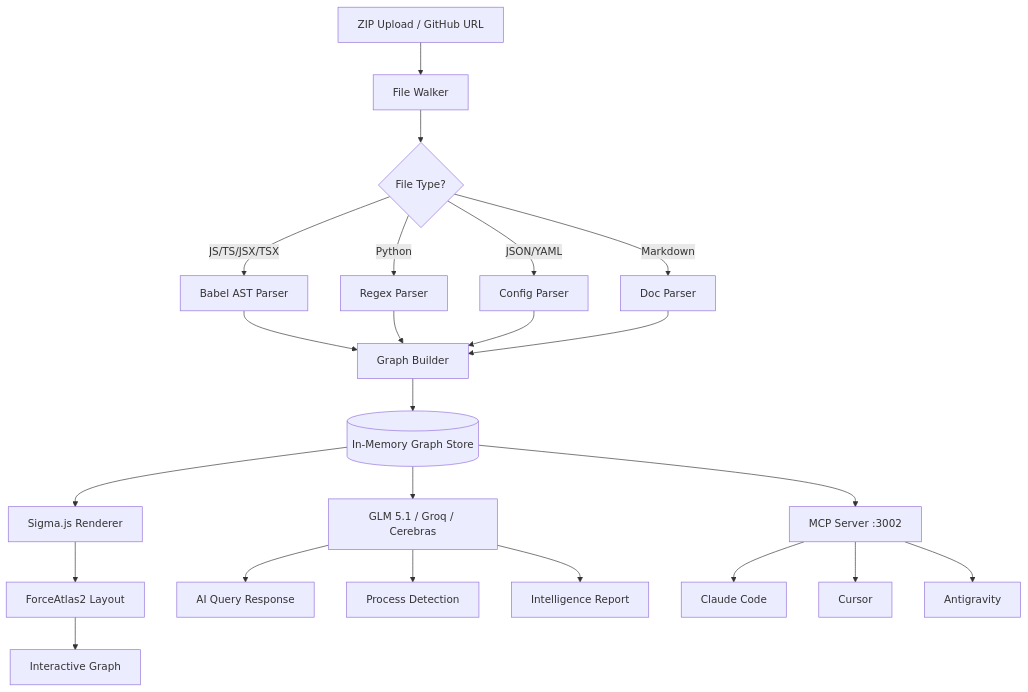
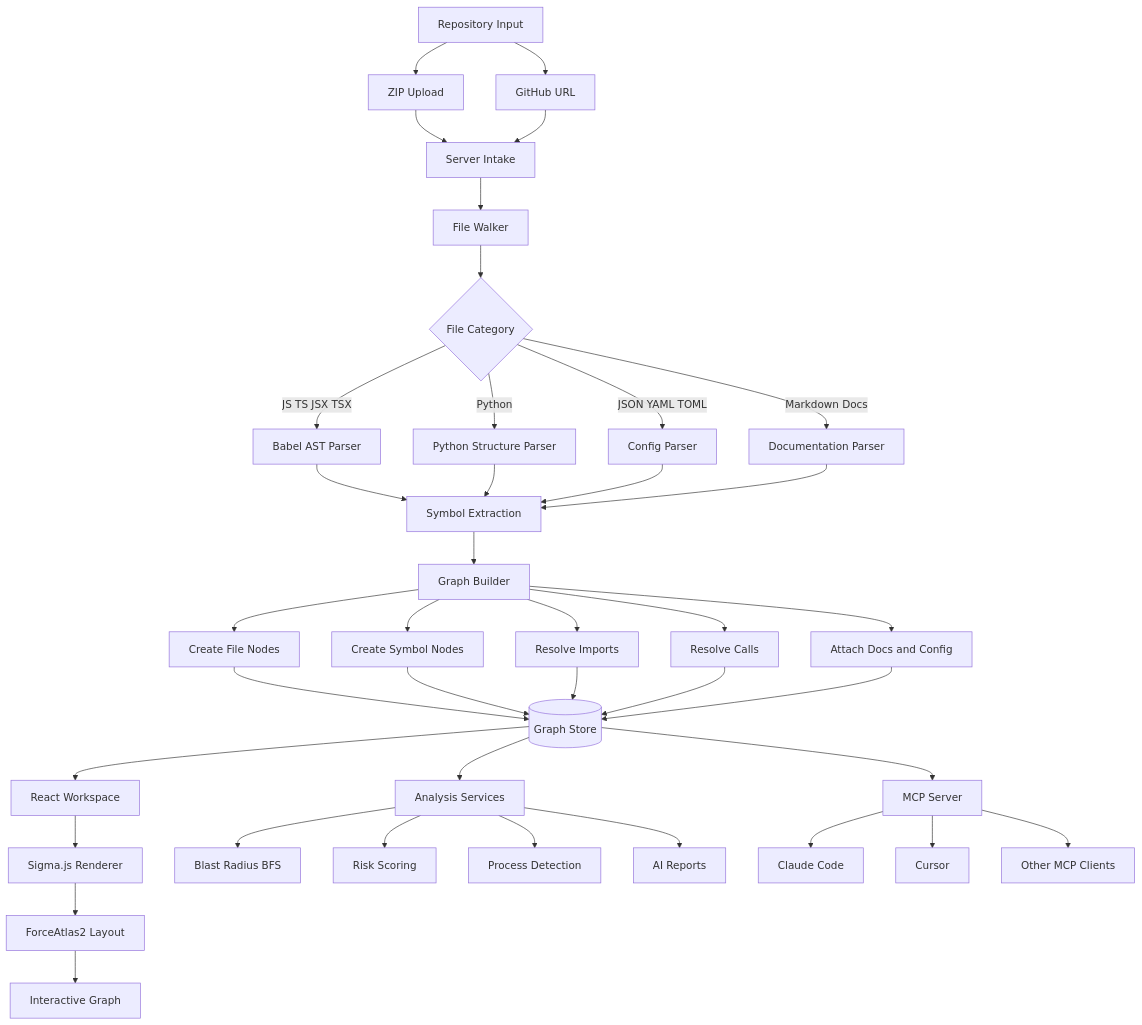
The first of 5 diagrams in README.md (LAZYGENIUS69/VECTRON), drawn with Mermaid before and after one commit. The commit also changed other lines of this file and 2 other files, not shown here.

Commit message:
feat: document vectron architecture and AI analysis flows

````diff
--- a/README.md
+++ b/README.md
@@ -177,25 +60,50 @@
 ```mermaid
 flowchart TD
-    A[ZIP Upload / GitHub URL] --> B[File Walker]
-    B --> C{File Type?}
-    C -->|JS/TS/JSX/TSX| D[Babel AST Parser]
-    C -->|Python| E[Regex Parser]
-    C -->|JSON/YAML| F[Config Parser]
-    C -->|Markdown| G[Doc Parser]
-    D --> H[Graph Builder]
-    E --> H
-    F --> H
-    G --> H
-    H --> I[(In-Memory Graph Store)]
-    I --> J[Sigma.js Renderer]
-    I --> K[GLM 5.1 / Groq / Cerebras]
-    I --> L[MCP Server :3002]
-    J --> M[ForceAtlas2 Layout]
-    M --> N[Interactive Graph]
-    K --> O[AI Query Response]
-    K --> P[Process Detection]
-    K --> Q[Intelligence Report]
-    L --> R[Claude Code]
-    L --> S[Cursor]
-    L --> T[Antigravity]
+    A[Repository Input] --> A1[ZIP Upload]
+    A --> A2[GitHub URL]
+    A1 --> B[Server Intake]
+    A2 --> B
+
+    B --> C[File Walker]
+    C --> D{File Category}
+
+    D -->|JS TS JSX TSX| E[Babel AST Parser]
+    D -->|Python| F[Python Structure Parser]
+    D -->|JSON YAML TOML| G[Config Parser]
+    D -->|Markdown Docs| H[Documentation Parser]
+
+    E --> I[Symbol Extraction]
+    F --> I
+    G --> I
+    H --> I
+
+    I --> J[Graph Builder]
+    J --> J1[Create File Nodes]
+    J --> J2[Create Symbol Nodes]
+    J --> J3[Resolve Imports]
+    J --> J4[Resolve Calls]
+    J --> J5[Attach Docs and Config]
+
+    J1 --> K[(Graph Store)]
+    J2 --> K
+    J3 --> K
+    J4 --> K
+    J5 --> K
+
+    K --> L[React Workspace]
+    K --> M[Analysis Services]
+    K --> N[MCP Server]
+
+    L --> L1[Sigma.js Renderer]
+    L1 --> L2[ForceAtlas2 Layout]
+    L2 --> L3[Interactive Graph]
+
+    M --> M1[Blast Radius BFS]
+    M --> M2[Risk Scoring]
+    M --> M3[Process Detection]
+    M --> M4[AI Reports]
+
+    N --> N1[Claude Code]
+    N --> N2[Cursor]
+    N --> N3[Other MCP Clients]
 ```
````
